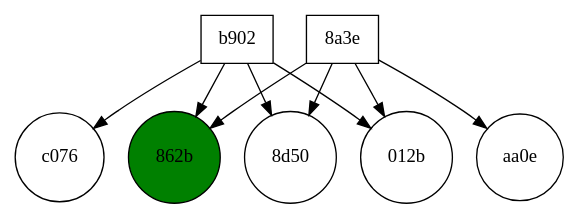
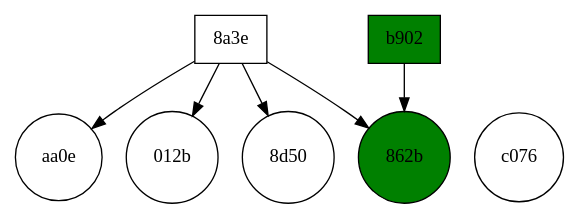
Before and after one commit to ziyadalrasbi/F20SC-CW2: the diagram in doctest-output/visitor.gv, drawn with Graphviz. The commit also changed 1 other file, not shown here.

```diff
--- a/doctest-output/visitor.gv
+++ b/doctest-output/visitor.gv
@@ -1,31 +1,21 @@
 digraph visitor {
 	graph [rank=min]
 	node [shape=rectangle]
 	"3c01241d5c3a8a3e" [label="8a3e" fillcolor=white shape=rectangle style=filled]
+	"3c01241d5c3a8a3e" -> "140310165657-0000000068d21bb99dec3ad6ee60aa0e"
+	"3c01241d5c3a8a3e" -> "140310171030-000000008b8d98e95ac0797e7fdb012b"
+	"3c01241d5c3a8a3e" -> "140310171202-000000002e5a8ff1f577548fec708d50"
 	"3c01241d5c3a8a3e" -> "140310170010-0000000067dc80801f1df696ae52862b"
-	"3c01241d5c3a8a3e" -> "140310171202-000000002e5a8ff1f577548fec708d50"
-	"3c01241d5c3a8a3e" -> "140310171030-000000008b8d98e95ac0797e7fdb012b"
-	"3c01241d5c3a8a3e" -> "140310165657-0000000068d21bb99dec3ad6ee60aa0e"
-	"4065369dbee2b902" [label=b902 fillcolor=white shape=rectangle style=filled]
+	"4065369dbee2b902" [label=b902 fillcolor=green shape=rectangle style=filled]
 	"4065369dbee2b902" -> "140310170010-0000000067dc80801f1df696ae52862b"
-	"4065369dbee2b902" -> "140310171202-000000002e5a8ff1f577548fec708d50"
-	"4065369dbee2b902" -> "140310171030-000000008b8d98e95ac0797e7fdb012b"
-	"4065369dbee2b902" -> "140310171114-00000000950ae9deb4faca996b0ec076"
 	subgraph document {
 		graph [rank=max]
 		node [shape=circle]
+		"140310171030-000000008b8d98e95ac0797e7fdb012b" [label="012b" fillcolor=white shape=circle style=filled]
+		"140310171114-00000000950ae9deb4faca996b0ec076" [label=c076 fillcolor=white shape=circle style=filled]
 		"140310170010-0000000067dc80801f1df696ae52862b" [label="862b" fillcolor=green shape=circle style=filled]
+		"140310165657-0000000068d21bb99dec3ad6ee60aa0e" [label=aa0e fillcolor=white shape=circle style=filled]
+		"140310171030-000000008b8d98e95ac0797e7fdb012b" [label="012b" fillcolor=white shape=circle style=filled]
 		"140310171202-000000002e5a8ff1f577548fec708d50" [label="8d50" fillcolor=white shape=circle style=filled]
-		"140310171030-000000008b8d98e95ac0797e7fdb012b" [label="012b" fillcolor=white shape=circle style=filled]
-		"140310165657-0000000068d21bb99dec3ad6ee60aa0e" [label=aa0e fillcolor=white shape=circle style=filled]
-		"140310171114-00000000950ae9deb4faca996b0ec076" [label=c076 fillcolor=white shape=circle style=filled]
-		"140310171202-000000002e5a8ff1f577548fec708d50" [label="8d50" fillcolor=white shape=circle style=filled]
-		"140310171030-000000008b8d98e95ac0797e7fdb012b" [label="012b" fillcolor=white shape=circle style=filled]
-		"140310165657-0000000068d21bb99dec3ad6ee60aa0e" [label=aa0e fillcolor=white shape=circle style=filled]
-		"140310171114-00000000950ae9deb4faca996b0ec076" [label=c076 fillcolor=white shape=circle style=filled]
-		"140310171202-000000002e5a8ff1f577548fec708d50" [label="8d50" fillcolor=white shape=circle style=filled]
-		"140310171030-000000008b8d98e95ac0797e7fdb012b" [label="012b" fillcolor=white shape=circle style=filled]
-		"140310165657-0000000068d21bb99dec3ad6ee60aa0e" [label=aa0e fillcolor=white shape=circle style=filled]
-		"140310171114-00000000950ae9deb4faca996b0ec076" [label=c076 fillcolor=white shape=circle style=filled]
 	}
 }
```
